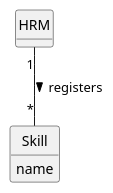
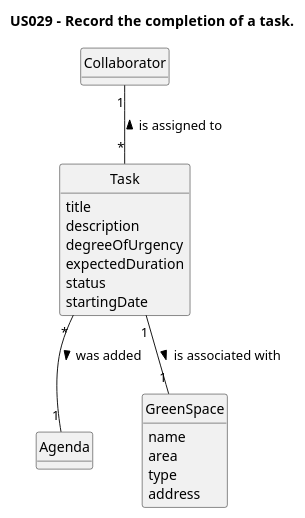
One commit to Departamento-de-Engenharia-Informatica/lei-24-s2-1dm-g132 changed the diagram in docs/sprintC/us029/02.analysis/puml/us029-domain-model.puml. Above: the diagram before and after it, drawn with PlantUML. The commit also changed 17 other files, not shown here.

```diff
--- a/docs/sprintC/us029/02.analysis/puml/us029-domain-model.puml
+++ b/docs/sprintC/us029/02.analysis/puml/us029-domain-model.puml
@@ -1,26 +1,41 @@
 @startuml
 skinparam monochrome true
 skinparam packageStyle rectangle
 skinparam shadowing false
 
 skinparam classAttributeIconSize 0
 
 hide circle
 hide methods
 
-'title Domain Model
+title US029 -  Record the completion of a task.
 
-'class Platform {
-'  -description
-'}
 
-class HRM {
+class Collaborator {
 }
 
-class Skill {
-    name
+class Agenda {
 }
 
-HRM "1" -- "*" Skill : registers >
+class Task {
+    title
+    description
+    degreeOfUrgency
+    expectedDuration
+    status
+    startingDate
+}
+
+class GreenSpace {
+    name
+    area
+    type
+    address
+}
+
+
+Task "*" -- "1" Agenda : was added >
+Task "1" -- "1" GreenSpace : is associated with >
+Collaborator "1" -- "*" Task : is assigned to <
 
 @enduml
```
